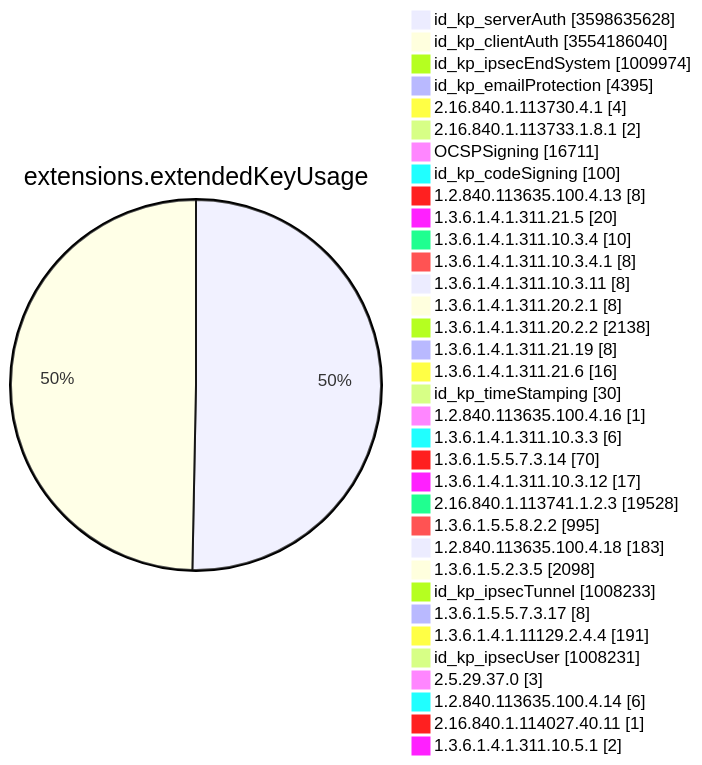
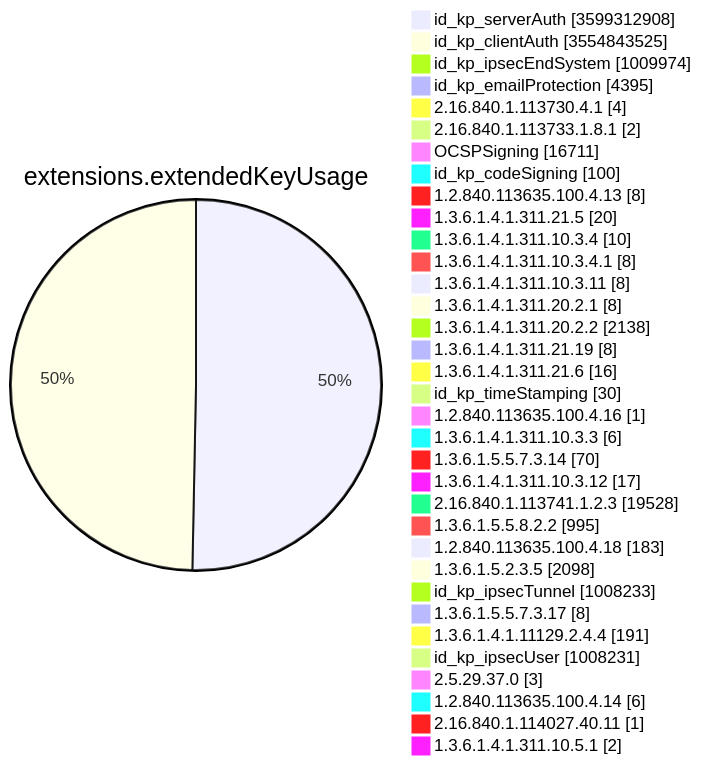
Before and after one commit to christiankrug/ctmonitor_visualization: diagram 11 of 15 in TOTAL/README.md, drawn with Mermaid. The commit also changed other lines of this file, not shown here.

````diff
--- a/TOTAL/README.md
+++ b/TOTAL/README.md
@@ -4129,38 +4129,38 @@
 ```mermaid
 pie showData
 title extensions.extendedKeyUsage
-"id_kp_serverAuth" :3598635628
-"id_kp_clientAuth" :3554186040
+"id_kp_serverAuth" :3599312908
+"id_kp_clientAuth" :3554843525
 "id_kp_ipsecEndSystem" :1009974
 "id_kp_emailProtection" :4395
 "2.16.840.1.113730.4.1" :4
 "2.16.840.1.113733.1.8.1" :2
 "OCSPSigning" :16711
 "id_kp_codeSigning" :100
 "1.2.840.113635.100.4.13" :8
 "1.3.6.1.4.1.311.21.5" :20
 "1.3.6.1.4.1.311.10.3.4" :10
 "1.3.6.1.4.1.311.10.3.4.1" :8
 "1.3.6.1.4.1.311.10.3.11" :8
 "1.3.6.1.4.1.311.20.2.1" :8
 "1.3.6.1.4.1.311.20.2.2" :2138
 "1.3.6.1.4.1.311.21.19" :8
 "1.3.6.1.4.1.311.21.6" :16
 "id_kp_timeStamping" :30
 "1.2.840.113635.100.4.16" :1
 "1.3.6.1.4.1.311.10.3.3" :6
 "1.3.6.1.5.5.7.3.14" :70
 "1.3.6.1.4.1.311.10.3.12" :17
 "2.16.840.1.113741.1.2.3" :19528
 "1.3.6.1.5.5.8.2.2" :995
 "1.2.840.113635.100.4.18" :183
 "1.3.6.1.5.2.3.5" :2098
 "id_kp_ipsecTunnel" :1008233
 "1.3.6.1.5.5.7.3.17" :8
 "1.3.6.1.4.1.11129.2.4.4" :191
 "id_kp_ipsecUser" :1008231
 "2.5.29.37.0" :3
 "1.2.840.113635.100.4.14" :6
 "2.16.840.1.114027.40.11" :1
 "1.3.6.1.4.1.311.10.5.1" :2
 ```
````
